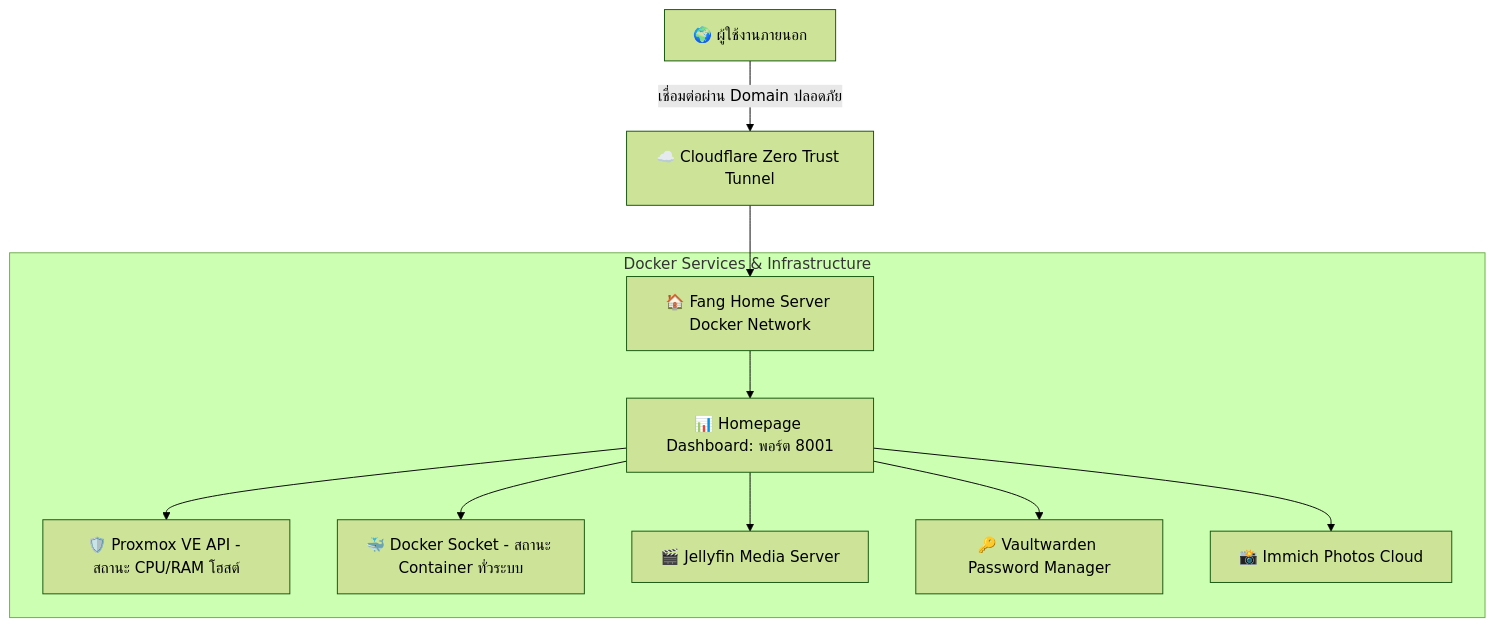
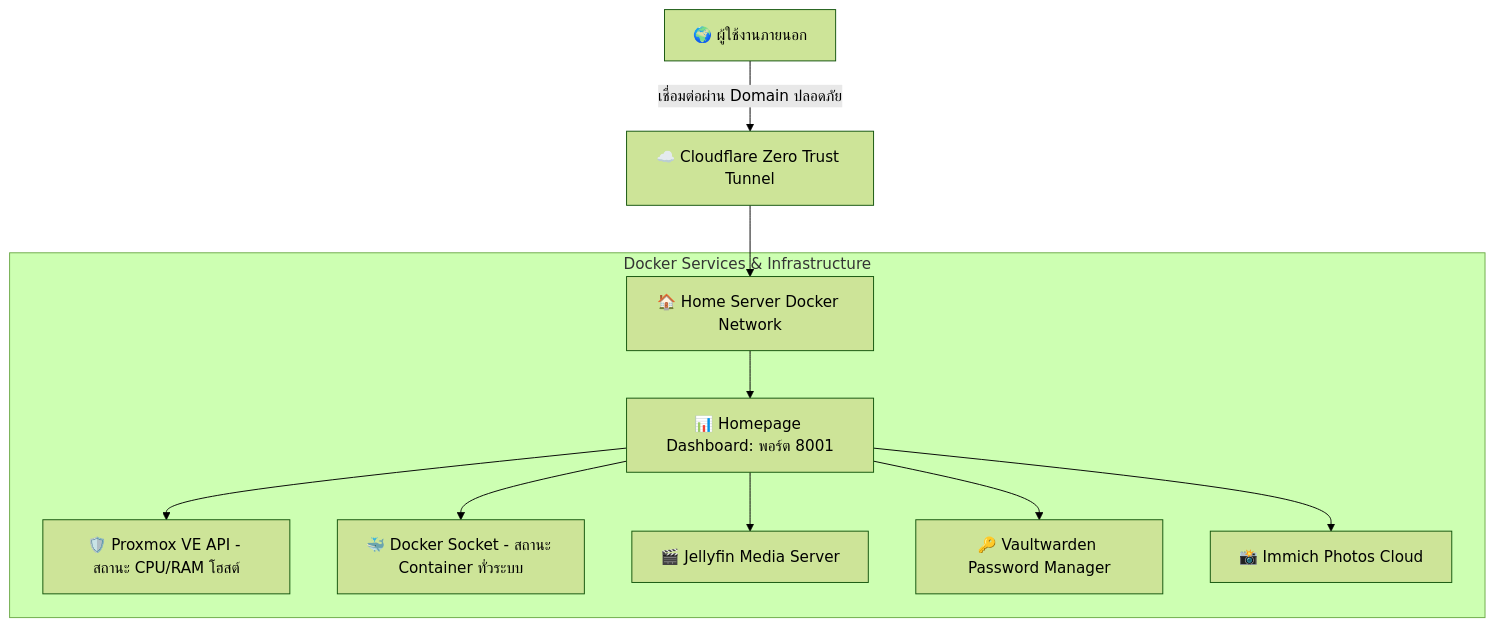
The ninth of 9 diagrams in README.md (FANG9356/MyProject), drawn with Mermaid (forest theme) before and after one commit. The commit also changed other lines of this file and 26 other files, not shown here.

````diff
--- a/README.md
+++ b/README.md
@@ -406,13 +412,13 @@
 ```mermaid
 flowchart TD
     A[🌍 ผู้ใช้งานภายนอก] -->|เชื่อมต่อผ่าน Domain ปลอดภัย| B[☁️ Cloudflare Zero Trust Tunnel]
-    B --> C[🏠 Fang Home Server Docker Network]
+    B --> C[🏠 Home Server Docker Network]
     subgraph Container_Stack [Docker Services & Infrastructure]
         C --> D[📊 Homepage Dashboard: พอร์ต 8001]
         D --> E[🛡️ Proxmox VE API - สถานะ CPU/RAM โฮสต์]
         D --> F[🐳 Docker Socket - สถานะ Container ทั่วระบบ]
         D --> G[🎬 Jellyfin Media Server]
         D --> H[🔑 Vaultwarden Password Manager]
         D --> I[📸 Immich Photos Cloud]
     end
 ```
````
